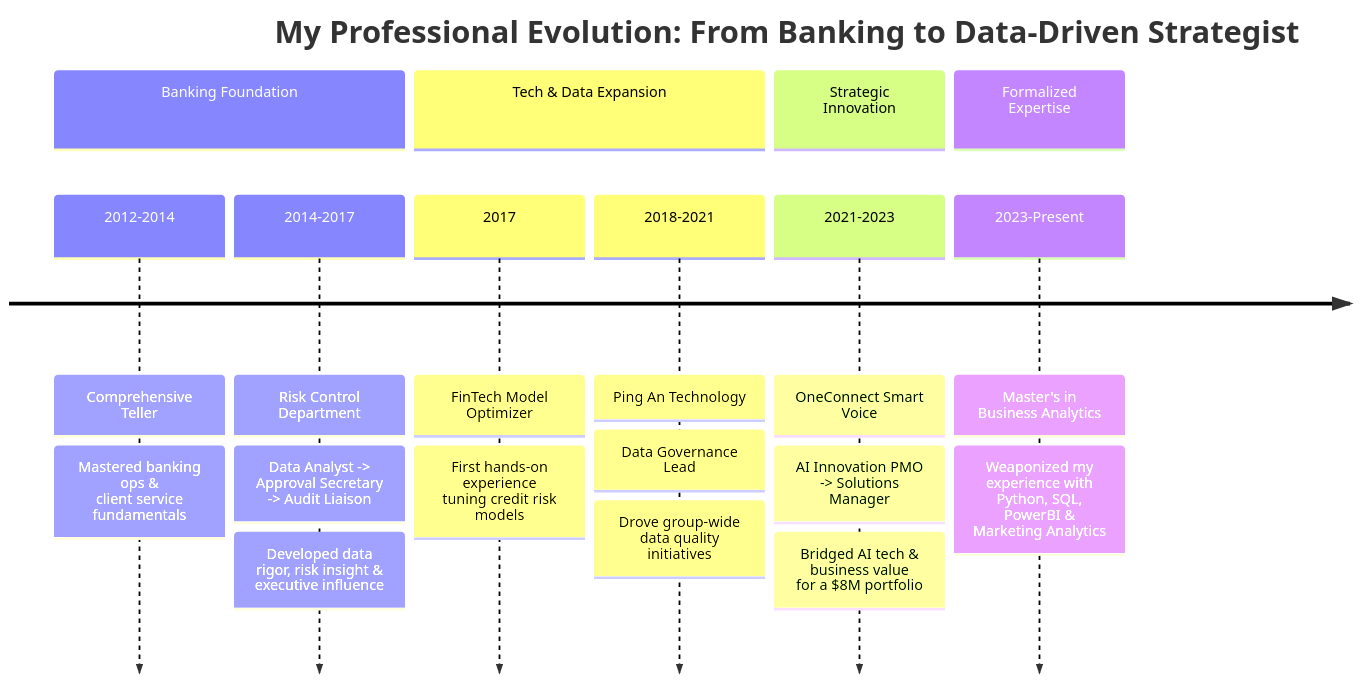
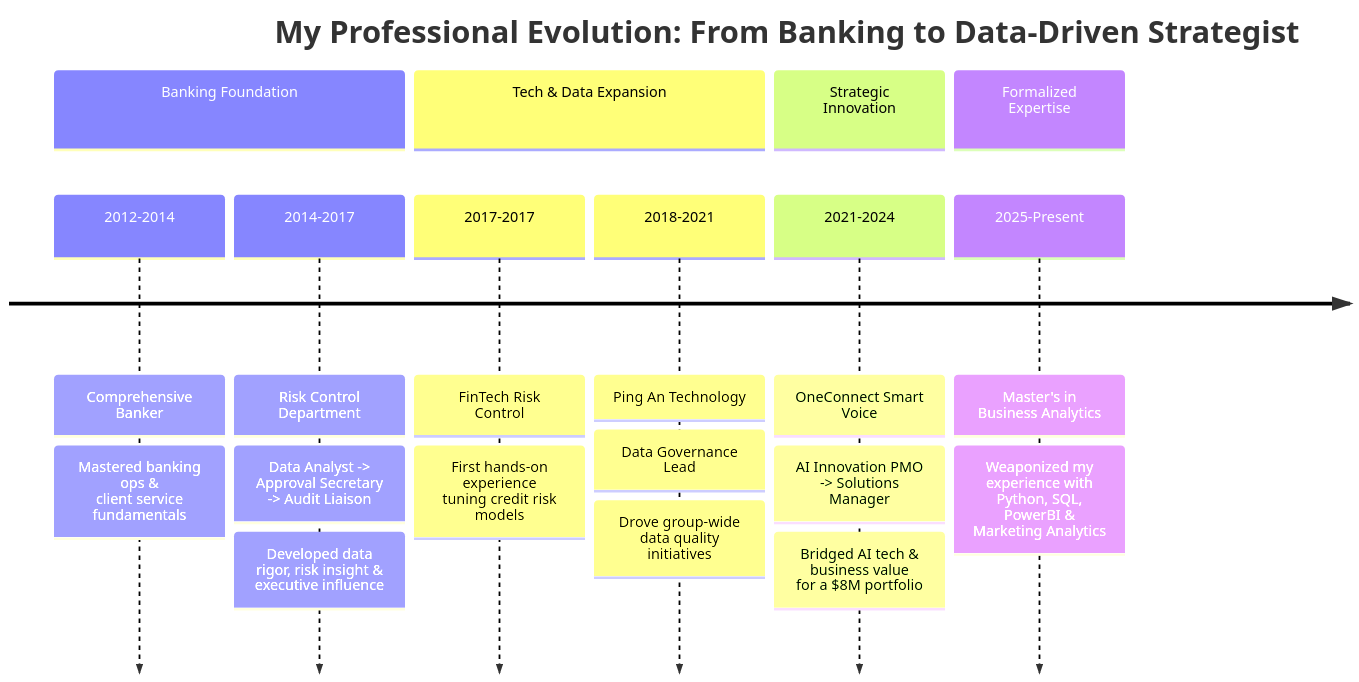
The diagram in README.md (Inessa-YG/Profile), drawn with Mermaid before and after one commit.

````diff
--- a/README.md
+++ b/README.md
@@ -1,23 +1,23 @@
 ```mermaid
 timeline
     title My Professional Evolution: From Banking to Data-Driven Strategist
     section Banking Foundation
-        2012-2014 : Comprehensive Teller
+        2012-2014 : Comprehensive Banker
                   : Mastered banking ops &<br>client service fundamentals
         2014-2017 : Risk Control Department
                   : Data Analyst -> Approval Secretary -> Audit Liaison
                   : Developed data rigor, risk insight & executive influence
     section Tech & Data Expansion
-        2017 : FinTech Model Optimizer
+        2017-2017 : FinTech Risk Control
                   : First hands-on experience<br>tuning credit risk models
         2018-2021 : Ping An Technology
                   : Data Governance Lead
                   : Drove group-wide data quality initiatives
     section Strategic Innovation
-        2021-2023 : OneConnect Smart Voice
+        2021-2024 : OneConnect Smart Voice
                   : AI Innovation PMO -> Solutions Manager
                   : Bridged AI tech & business value<br>for a $8M portfolio
     section Formalized Expertise
-        2023-Present : Master's in Business Analytics
+        2025-Present : Master's in Business Analytics
                   : Weaponized my experience with<br>Python, SQL, PowerBI & Marketing Analytics
 ```
````
